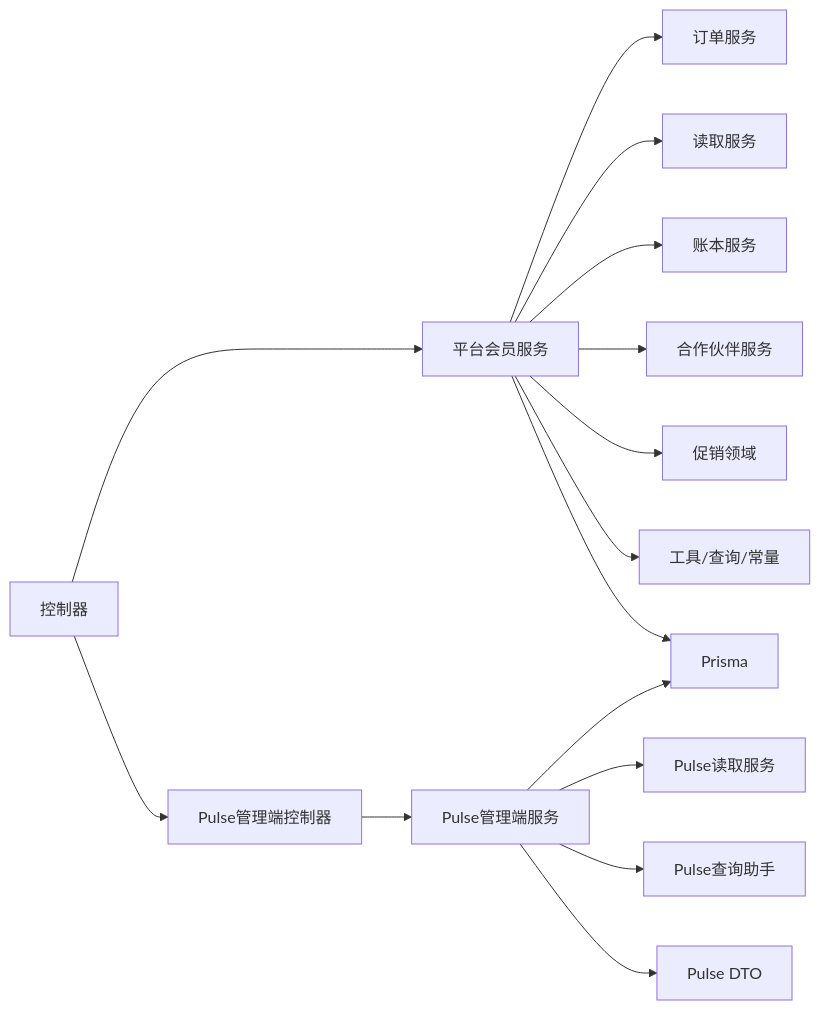
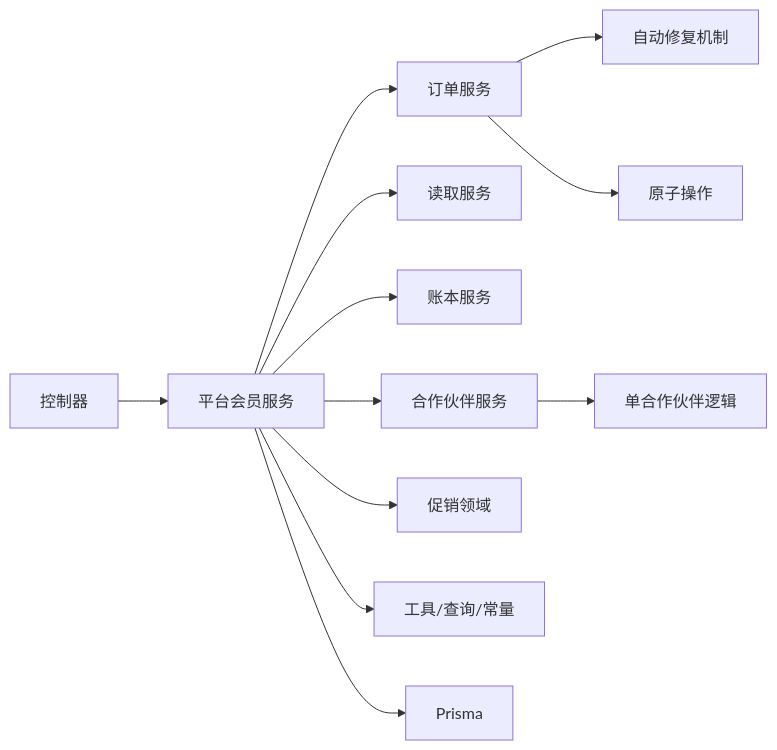
One commit to rc558620/purelyprofit-server changed diagram 11 of 11 in .qoder/repowiki/zh/content/业务模块/会员管理模块/平台会员管理.md. Above: the diagram before and after it, drawn with Mermaid. The commit also changed other lines of this file and 8 other files, not shown here.

````diff
--- a/.qoder/repowiki/zh/content/业务模块/会员管理模块/平台会员管理.md
+++ b/.qoder/repowiki/zh/content/业务模块/会员管理模块/平台会员管理.md
@@ -564,17 +571,14 @@
 ```mermaid
 graph LR
 Ctrl["控制器"] --> Svc["平台会员服务"]
-Ctrl --> PAC["Pulse管理端控制器"]
 Svc --> OrderSvc["订单服务"]
 Svc --> ReadSvc["读取服务"]
 Svc --> LedgerSvc["账本服务"]
 Svc --> PartnerSvc["合作伙伴服务"]
 Svc --> Promo["促销领域"]
 Svc --> Utils["工具/查询/常量"]
 Svc --> Prisma["Prisma"]
-PAC --> AdminSvc["Pulse管理端服务"]
-AdminSvc --> AdminReadSvc["Pulse读取服务"]
-AdminSvc --> AdminQueryHelper["Pulse查询助手"]
-AdminSvc --> AdminDTO["Pulse DTO"]
-AdminSvc --> Prisma
+OrderSvc --> AutoRepair["自动修复机制"]
+OrderSvc --> AtomicOps["原子操作"]
+PartnerSvc --> SinglePartner["单合作伙伴逻辑"]
 ```
````
